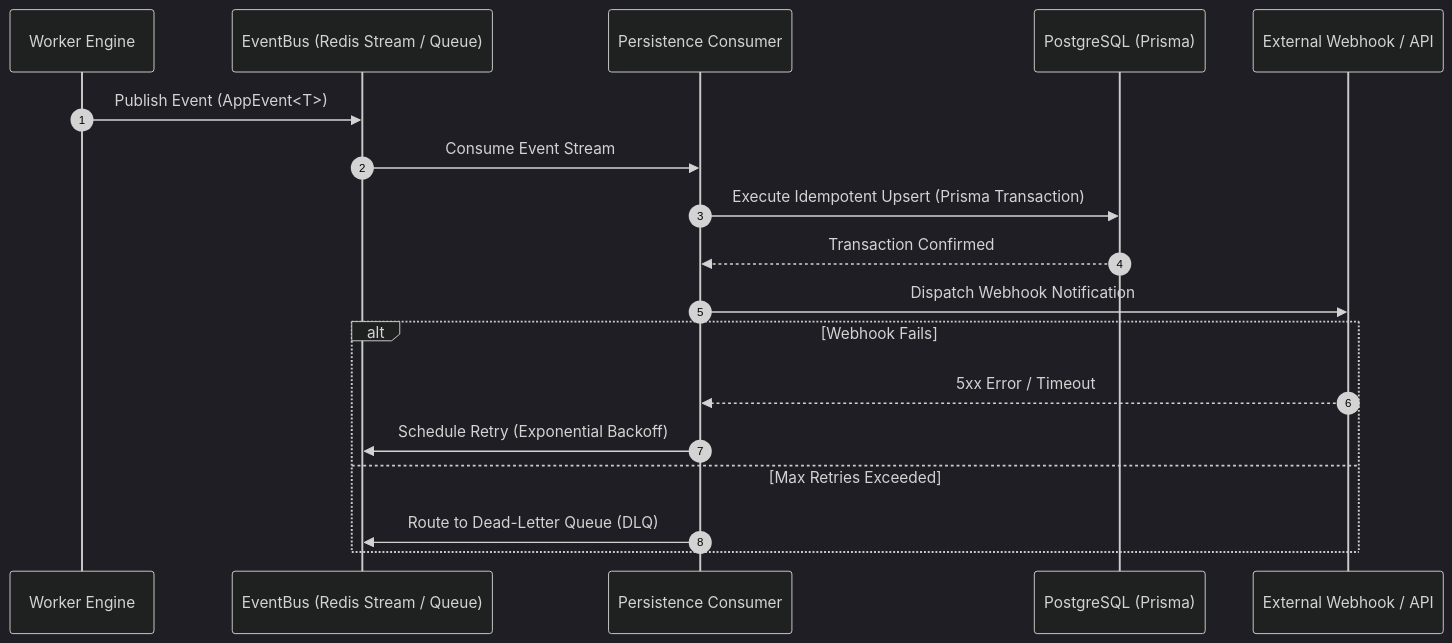
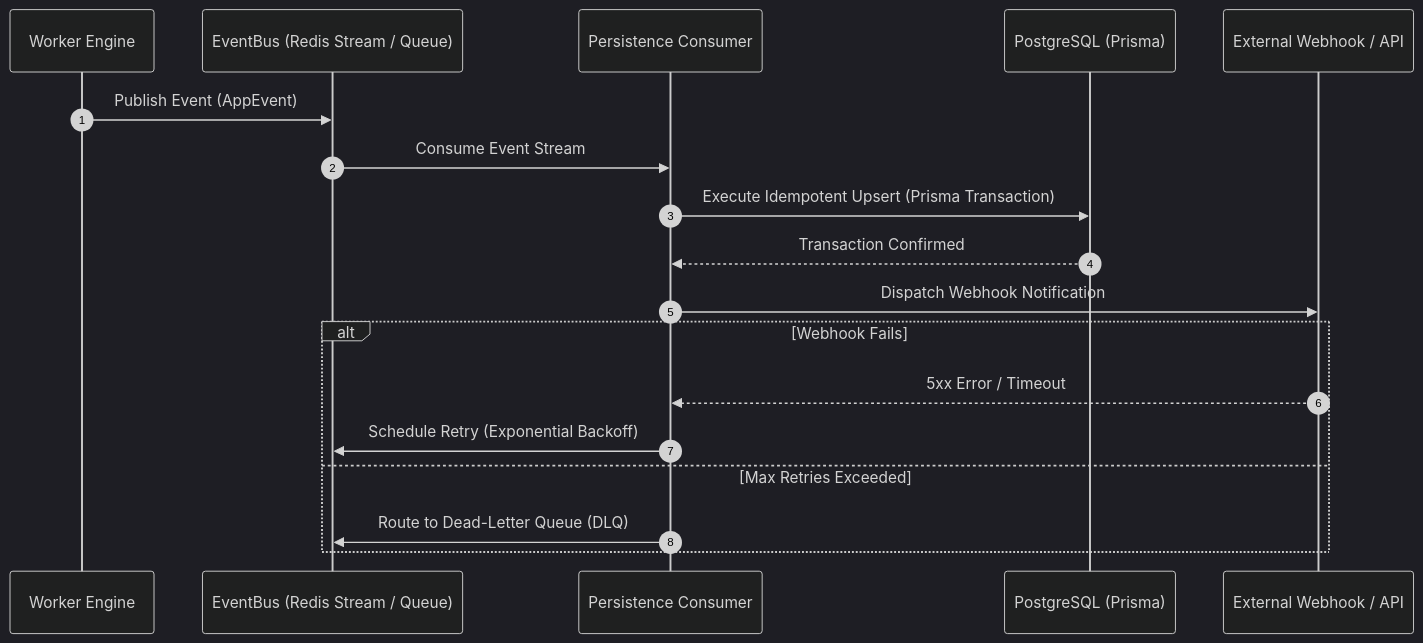
The fifth of 10 diagrams in linkedin_hyper_v_modernization.md (Arunjadhav0101/linkedin-hyper-v-modernization), drawn with Mermaid (dark theme) before and after one commit. The commit also changed other lines of this file and 1 other file, not shown here.

Commit message:
fix(mermaid): resolve GitHub markdown mermaid diagram parsing errors and sanitize subgraph identifiers

````diff
--- a/linkedin_hyper_v_modernization.md
+++ b/linkedin_hyper_v_modernization.md
@@ -401,21 +401,21 @@
 ```mermaid
 sequenceDiagram
     autonumber
     participant W as Worker Engine
     participant EB as EventBus (Redis Stream / Queue)
     participant PC as Persistence Consumer
     participant DB as PostgreSQL (Prisma)
     participant WH as External Webhook / API
 
-    W->>EB: Publish Event (AppEvent<T>)
+    W->>EB: Publish Event (AppEvent)
     EB->>PC: Consume Event Stream
     PC->>DB: Execute Idempotent Upsert (Prisma Transaction)
     DB-->>PC: Transaction Confirmed
     PC->>WH: Dispatch Webhook Notification
     alt Webhook Fails
         WH-->>PC: 5xx Error / Timeout
         PC->>EB: Schedule Retry (Exponential Backoff)
     else Max Retries Exceeded
         PC->>EB: Route to Dead-Letter Queue (DLQ)
     end
 ```
````
